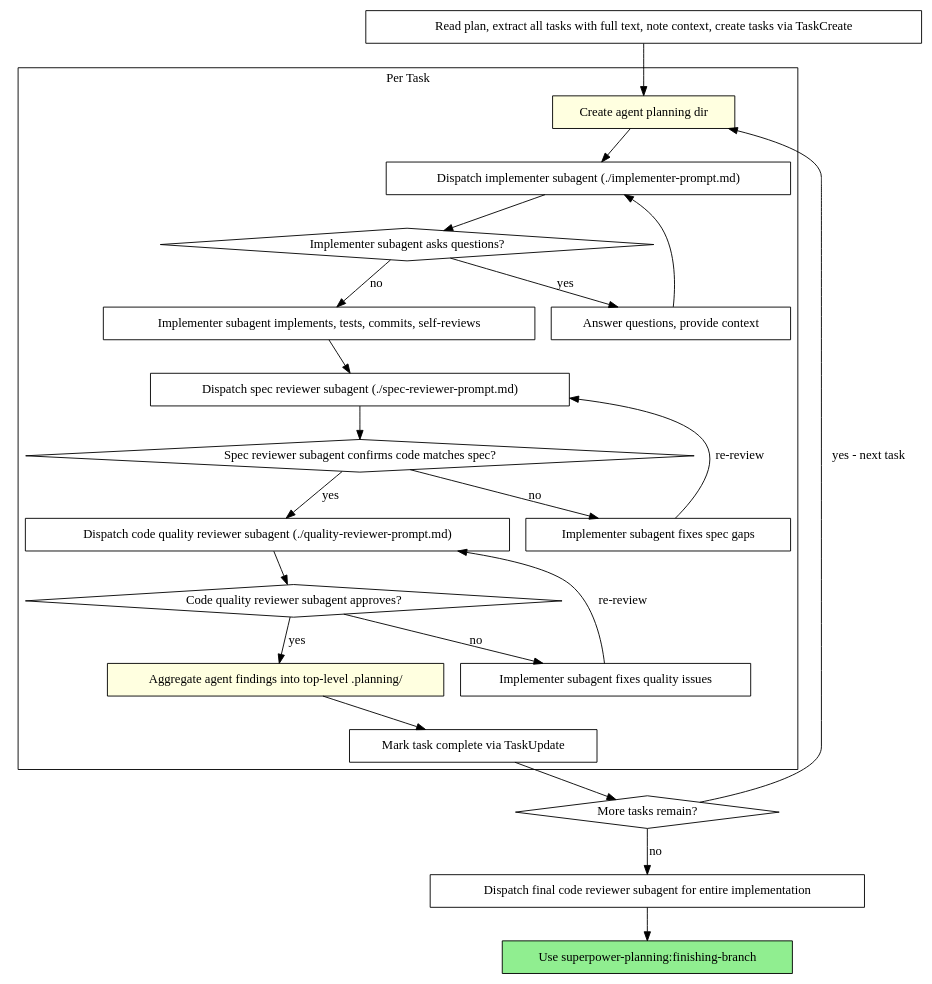
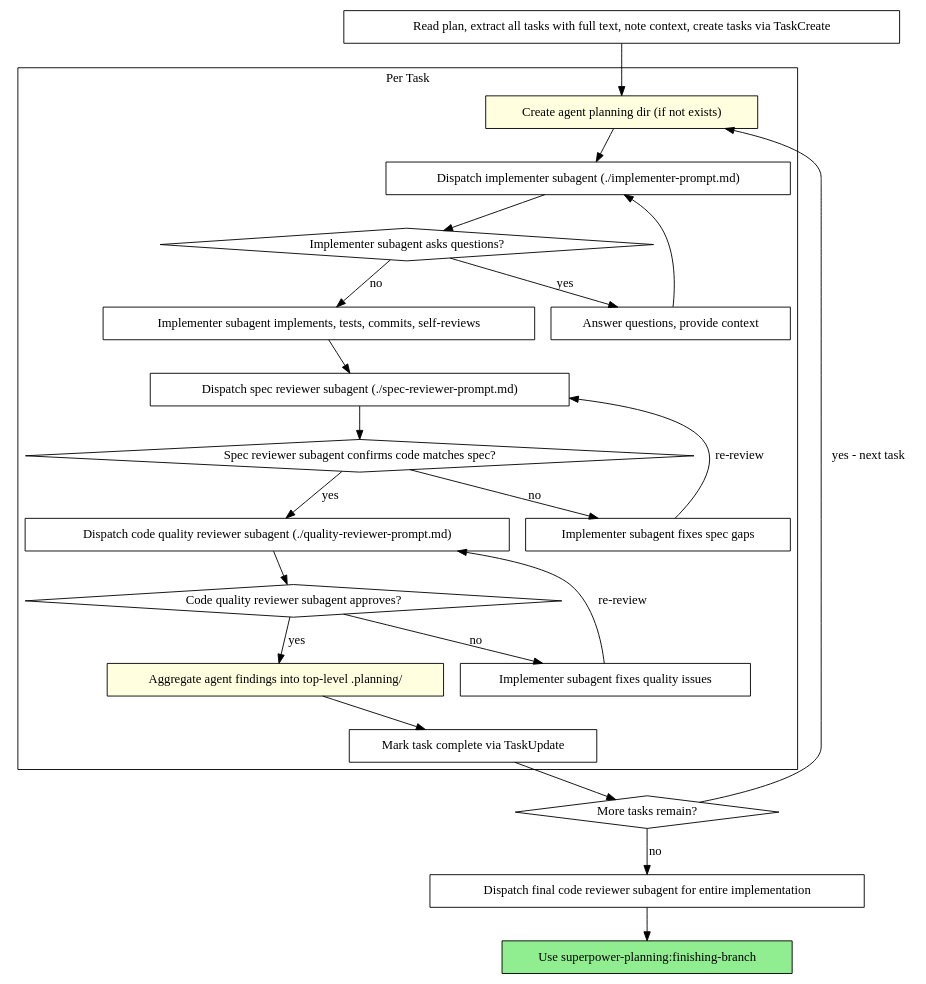
The second of 2 diagrams in skills/subagent-driven/SKILL.md (SipengXie2024/superpower-planning), drawn with Graphviz before and after one commit. The commit also changed other lines of this file and 7 other files, not shown here.

First line of the commit message:
fix: enforce one planning dir per agent role, not per task

````diff
--- a/skills/subagent-driven/SKILL.md
+++ b/skills/subagent-driven/SKILL.md
@@ -41,48 +41,48 @@
 ```dot
 digraph process {
     rankdir=TB;
 
     subgraph cluster_per_task {
         label="Per Task";
-        "Create agent planning dir" [shape=box style=filled fillcolor=lightyellow];
+        "Create agent planning dir (if not exists)" [shape=box style=filled fillcolor=lightyellow];
         "Dispatch implementer subagent (./implementer-prompt.md)" [shape=box];
         "Implementer subagent asks questions?" [shape=diamond];
         "Answer questions, provide context" [shape=box];
         "Implementer subagent implements, tests, commits, self-reviews" [shape=box];
         "Dispatch spec reviewer subagent (./spec-reviewer-prompt.md)" [shape=box];
         "Spec reviewer subagent confirms code matches spec?" [shape=diamond];
         "Implementer subagent fixes spec gaps" [shape=box];
         "Dispatch code quality reviewer subagent (./quality-reviewer-prompt.md)" [shape=box];
         "Code quality reviewer subagent approves?" [shape=diamond];
         "Implementer subagent fixes quality issues" [shape=box];
         "Aggregate agent findings into top-level .planning/" [shape=box style=filled fillcolor=lightyellow];
         "Mark task complete via TaskUpdate" [shape=box];
     }
 
     "Read plan, extract all tasks with full text, note context, create tasks via TaskCreate" [shape=box];
     "More tasks remain?" [shape=diamond];
     "Dispatch final code reviewer subagent for entire implementation" [shape=box];
     "Use superpower-planning:finishing-branch" [shape=box style=filled fillcolor=lightgreen];
 
-    "Read plan, extract all tasks with full text, note context, create tasks via TaskCreate" -> "Create agent planning dir";
-    "Create agent planning dir" -> "Dispatch implementer subagent (./implementer-prompt.md)";
+    "Read plan, extract all tasks with full text, note context, create tasks via TaskCreate" -> "Create agent planning dir (if not exists)";
+    "Create agent planning dir (if not exists)" -> "Dispatch implementer subagent (./implementer-prompt.md)";
     "Dispatch implementer subagent (./implementer-prompt.md)" -> "Implementer subagent asks questions?";
     "Implementer subagent asks questions?" -> "Answer questions, provide context" [label="yes"];
     "Answer questions, provide context" -> "Dispatch implementer subagent (./implementer-prompt.md)";
     "Implementer subagent asks questions?" -> "Implementer subagent implements, tests, commits, self-reviews" [label="no"];
     "Implementer subagent implements, tests, commits, self-reviews" -> "Dispatch spec reviewer subagent (./spec-reviewer-prompt.md)";
     "Dispatch spec reviewer subagent (./spec-reviewer-prompt.md)" -> "Spec reviewer subagent confirms code matches spec?";
     "Spec reviewer subagent confirms code matches spec?" -> "Implementer subagent fixes spec gaps" [label="no"];
     "Implementer subagent fixes spec gaps" -> "Dispatch spec reviewer subagent (./spec-reviewer-prompt.md)" [label="re-review"];
     "Spec reviewer subagent confirms code matches spec?" -> "Dispatch code quality reviewer subagent (./quality-reviewer-prompt.md)" [label="yes"];
     "Dispatch code quality reviewer subagent (./quality-reviewer-prompt.md)" -> "Code quality reviewer subagent approves?";
     "Code quality reviewer subagent approves?" -> "Implementer subagent fixes quality issues" [label="no"];
     "Implementer subagent fixes quality issues" -> "Dispatch code quality reviewer subagent (./quality-reviewer-prompt.md)" [label="re-review"];
     "Code quality reviewer subagent approves?" -> "Aggregate agent findings into top-level .planning/" [label="yes"];
     "Aggregate agent findings into top-level .planning/" -> "Mark task complete via TaskUpdate";
     "Mark task complete via TaskUpdate" -> "More tasks remain?";
-    "More tasks remain?" -> "Create agent planning dir" [label="yes - next task"];
+    "More tasks remain?" -> "Create agent planning dir (if not exists)" [label="yes - next task"];
     "More tasks remain?" -> "Dispatch final code reviewer subagent for entire implementation" [label="no"];
     "Dispatch final code reviewer subagent for entire implementation" -> "Use superpower-planning:finishing-branch";
 }
 ```
````
